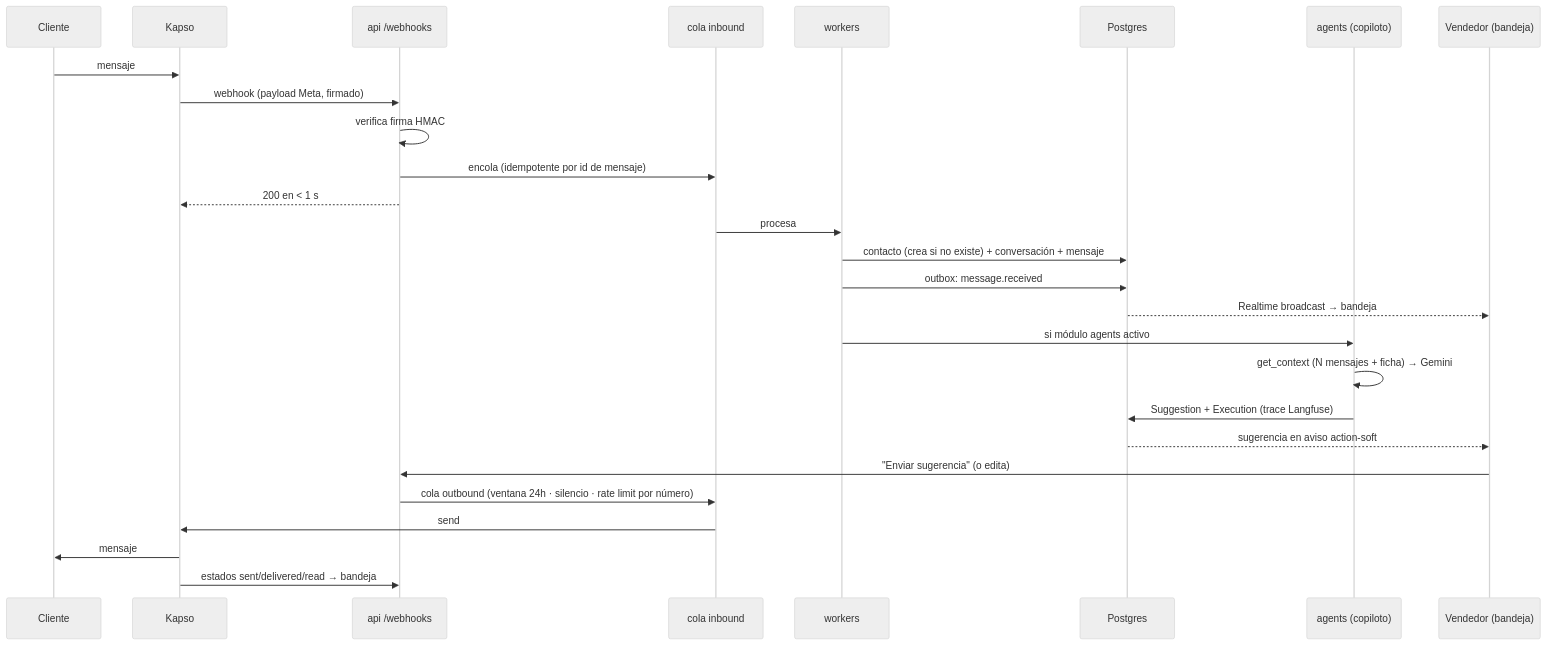
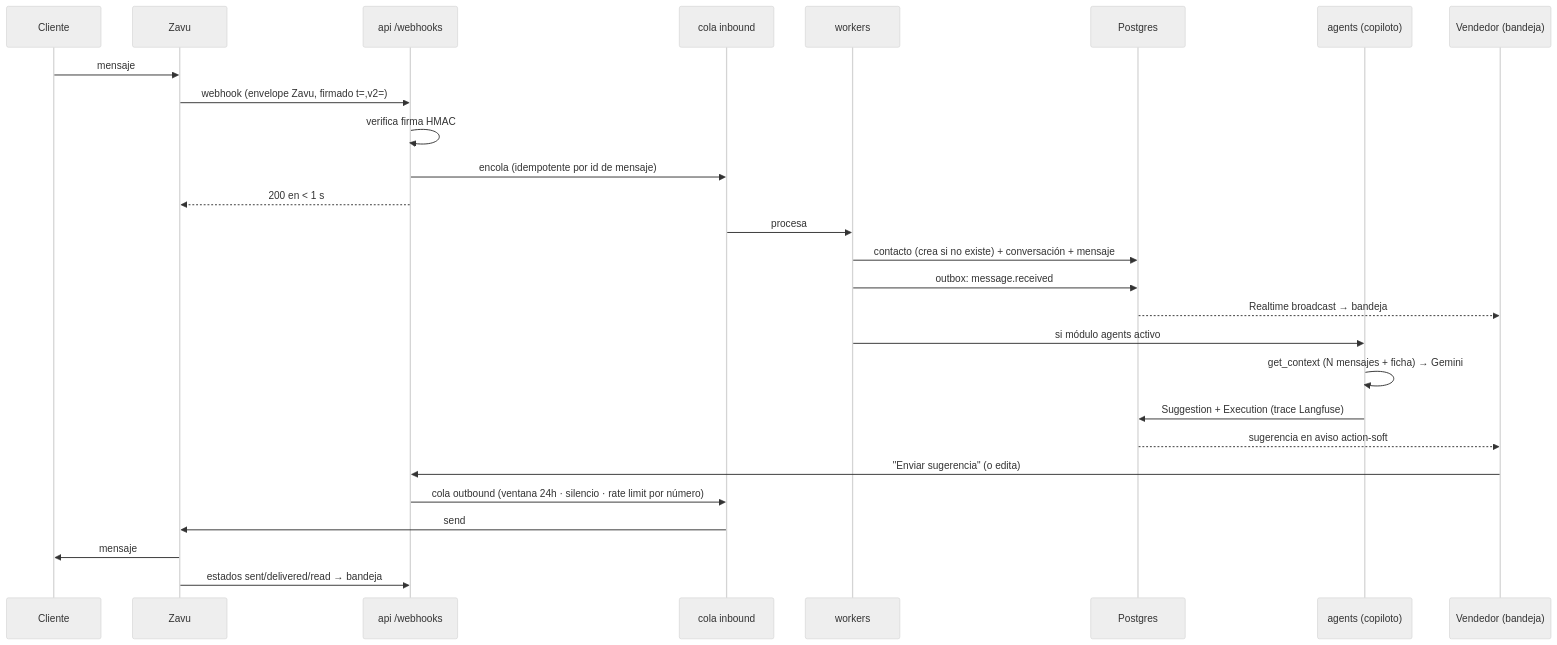
Before and after one commit to voxtilabs/IAxTi: the fourth of 7 diagrams in docs/ARCHITECTURE.md, drawn with Mermaid (neutral theme). The commit also changed other lines of this file and 8 other files, not shown here.

````diff
--- a/docs/ARCHITECTURE.md
+++ b/docs/ARCHITECTURE.md
@@ -109,30 +109,30 @@
 ```mermaid
 sequenceDiagram
   participant Cliente
-  participant Kapso
+  participant Zavu
   participant API as api /webhooks
   participant Q as cola inbound
   participant W as workers
   participant DB as Postgres
   participant AG as agents (copiloto)
   participant V as Vendedor (bandeja)
 
-  Cliente->>Kapso: mensaje
-  Kapso->>API: webhook (payload Meta, firmado)
+  Cliente->>Zavu: mensaje
+  Zavu->>API: webhook (envelope Zavu, firmado t=,v2=)
   API->>API: verifica firma HMAC
   API->>Q: encola (idempotente por id de mensaje)
-  API-->>Kapso: 200 en < 1 s
+  API-->>Zavu: 200 en < 1 s
   Q->>W: procesa
   W->>DB: contacto (crea si no existe) + conversación + mensaje
   W->>DB: outbox: message.received
   DB-->>V: Realtime broadcast → bandeja
   W->>AG: si módulo agents activo
   AG->>AG: get_context (N mensajes + ficha) → Gemini
   AG->>DB: Suggestion + Execution (trace Langfuse)
   DB-->>V: sugerencia en aviso action-soft
   V->>API: "Enviar sugerencia" (o edita)
   API->>Q: cola outbound (ventana 24h · silencio · rate limit por número)
-  Q->>Kapso: send
-  Kapso->>Cliente: mensaje
-  Kapso->>API: estados sent/delivered/read → bandeja
+  Q->>Zavu: send
+  Zavu->>Cliente: mensaje
+  Zavu->>API: estados sent/delivered/read → bandeja
 ```
````
